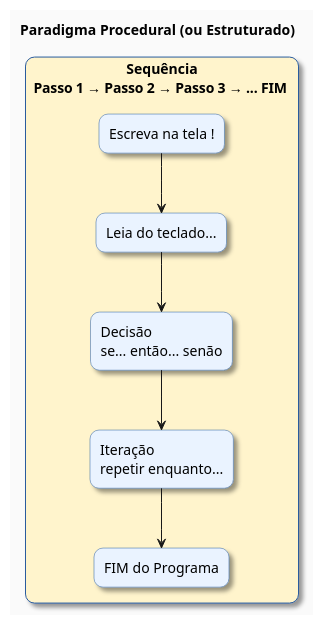
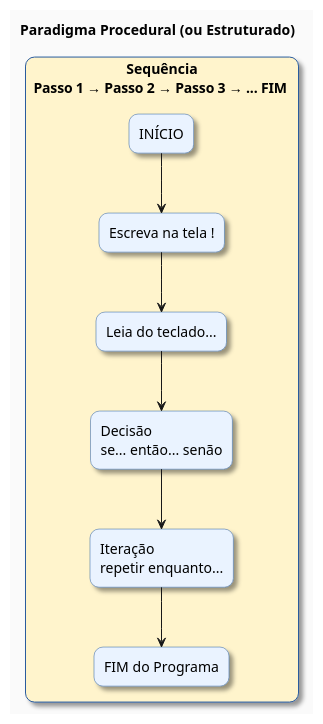
One commit to danilolsg68-oss/2026-1sem-ADS-PensamentoLogicoComputacional changed the second of 5 diagrams in 09-2026-04-29_Programacao_OO-parte1.Rmd. Above: the diagram before and after it, drawn with PlantUML. The commit also changed other lines of this file and 18 other files, not shown here.

````diff
--- a/09-2026-04-29_Programacao_OO-parte1.Rmd
+++ b/09-2026-04-29_Programacao_OO-parte1.Rmd
@@ -123,33 +125,35 @@
 ```{plantuml paradigma-estrutural, plantuml.path="images"}
 @startuml
 title Paradigma Procedural (ou Estruturado)
 
 skinparam backgroundColor #FAFAFA
 skinparam roundcorner 18
 skinparam shadowing true
 skinparam defaultFontName Arial
 skinparam defaultFontSize 14
 
 skinparam rectangle {
   BackgroundColor #EAF3FF
   BorderColor #2B5C9E
 }
 
 top to bottom direction
 
 rectangle "Sequência\nPasso 1 → Passo 2 → Passo 3 → ... FIM " as sequencia #FFF4CC {
 
+  rectangle "INÍCIO"                        as inicio
   rectangle "Escreva na tela !"             as escrevatela
   rectangle "Leia do teclado..."            as leiateclado
   rectangle "Decisão\nse... então... senão" as decisao
   rectangle "Iteração\nrepetir enquanto..." as iteracao
   rectangle "FIM do Programa"               as final
 
+  inicio      --> escrevatela
   escrevatela --> leiateclado
   leiateclado --> decisao
   decisao     --> iteracao
   iteracao    --> final
 }
 
 @enduml
 ```
````
